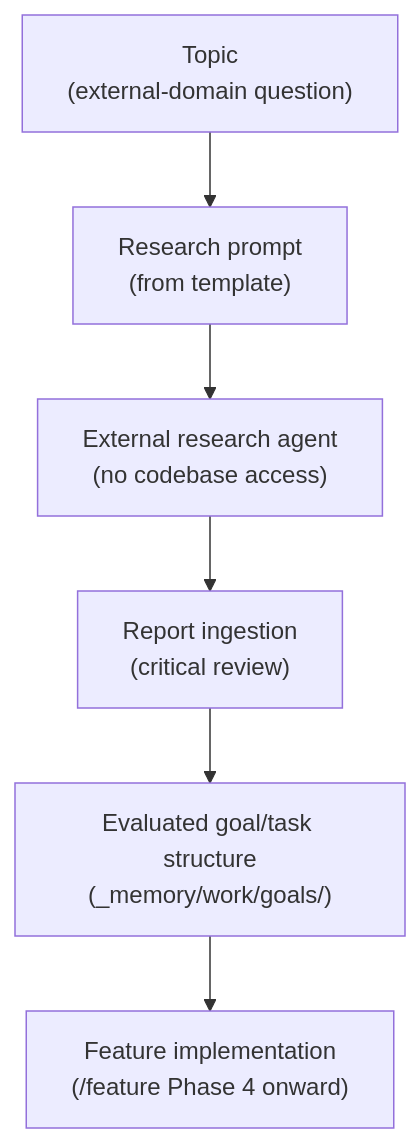
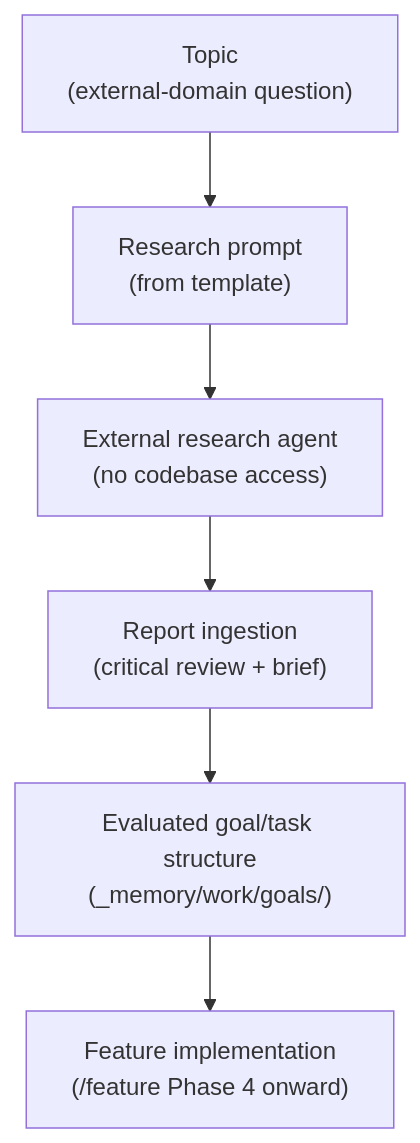
The first of 5 diagrams in docs/agent-kit/guide/research-workflow.md (kdcllc/skills), drawn with Mermaid before and after one commit. The commit also changed other lines of this file and 196 other files, not shown here.

First line of the commit message:
agent-kit: ship 1.0.0 docs — changelog consolidation, architecture guide, and research briefs in _memory/research/

````diff
--- a/docs/agent-kit/guide/research-workflow.md
+++ b/docs/agent-kit/guide/research-workflow.md
@@ -11,15 +11,15 @@
 ```mermaid
 flowchart TD
     Topic["Topic\n(external-domain question)"]
     Prompt["Research prompt\n(from template)"]
     Agent["External research agent\n(no codebase access)"]
-    Ingestion["Report ingestion\n(critical review)"]
+    Ingestion["Report ingestion\n(critical review + brief)"]
     Goal["Evaluated goal/task structure\n(_memory/work/goals/)"]
     Feature["Feature implementation\n(/feature Phase 4 onward)"]
 
     Topic --> Prompt
     Prompt --> Agent
     Agent --> Ingestion
     Ingestion --> Goal
     Goal --> Feature
 ```
````
